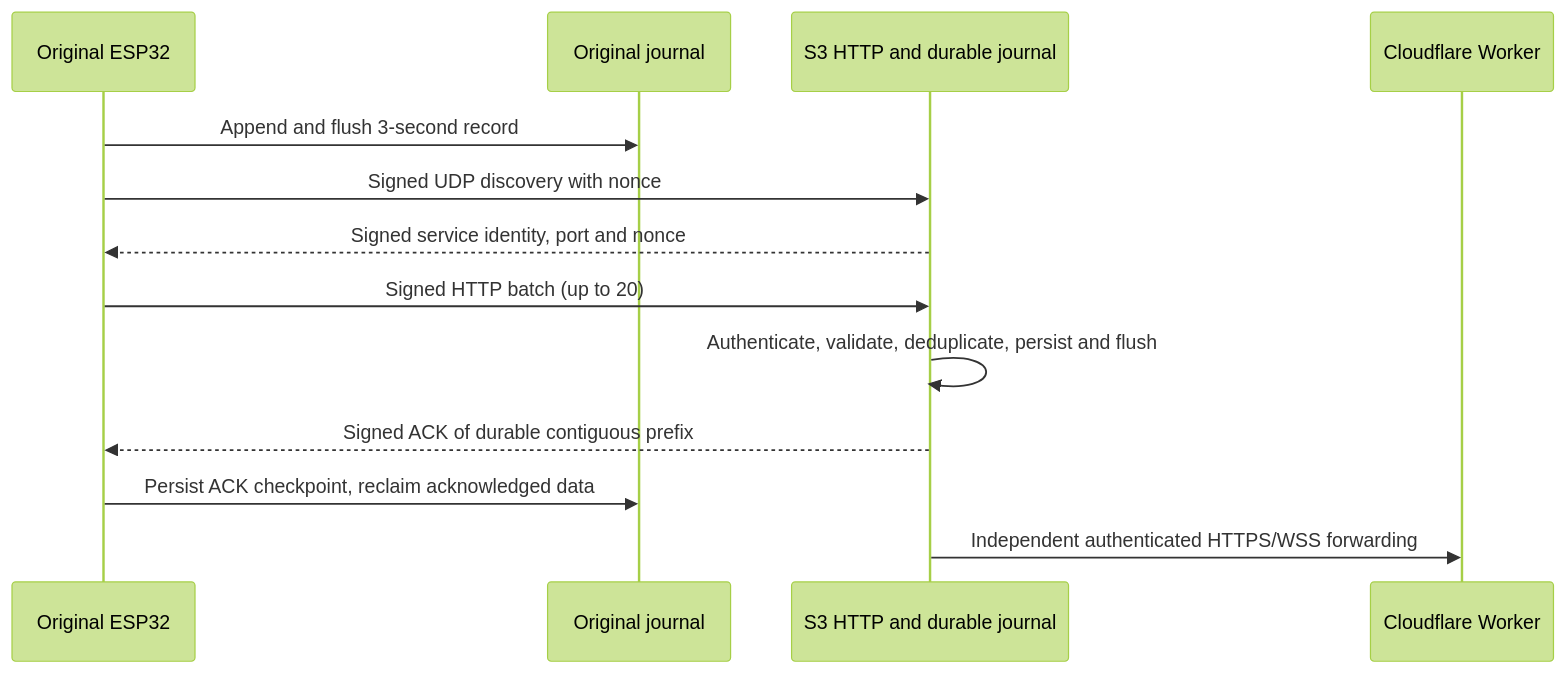
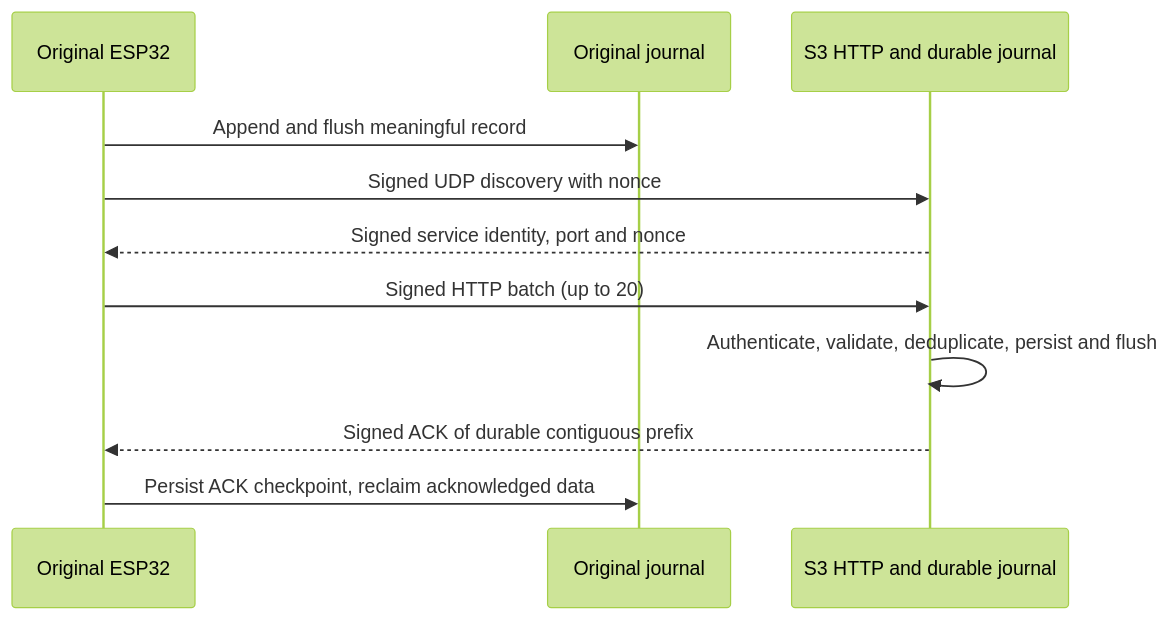
One commit to segalmc/esp32-s3-tft-wifi-dashboard changed the diagram in docs/HTTP_TELEMETRY.md. Above: the diagram before and after it, drawn with Mermaid (forest theme). The commit also changed other lines of this file and 50 other files, not shown here.

````diff
--- a/docs/HTTP_TELEMETRY.md
+++ b/docs/HTTP_TELEMETRY.md
@@ -24,15 +32,13 @@
 ```mermaid
 sequenceDiagram
     participant E as Original ESP32
     participant J as Original journal
     participant S as S3 HTTP and durable journal
-    participant C as Cloudflare Worker
-    E->>J: Append and flush 3-second record
+    E->>J: Append and flush meaningful record
     E->>S: Signed UDP discovery with nonce
     S-->>E: Signed service identity, port and nonce
     E->>S: Signed HTTP batch (up to 20)
     S->>S: Authenticate, validate, deduplicate, persist and flush
     S-->>E: Signed ACK of durable contiguous prefix
     E->>J: Persist ACK checkpoint, reclaim acknowledged data
-    S->>C: Independent authenticated HTTPS/WSS forwarding
 ```
````
